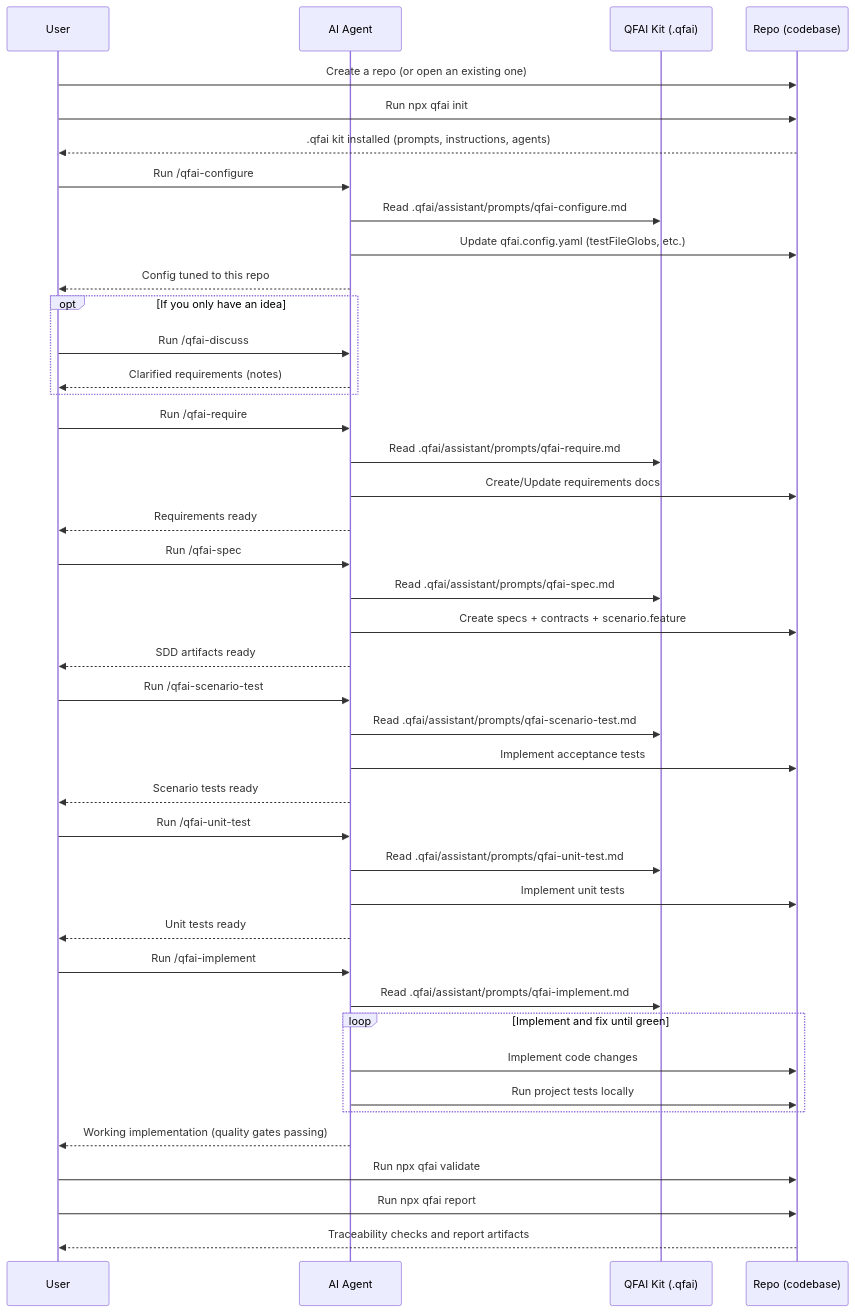
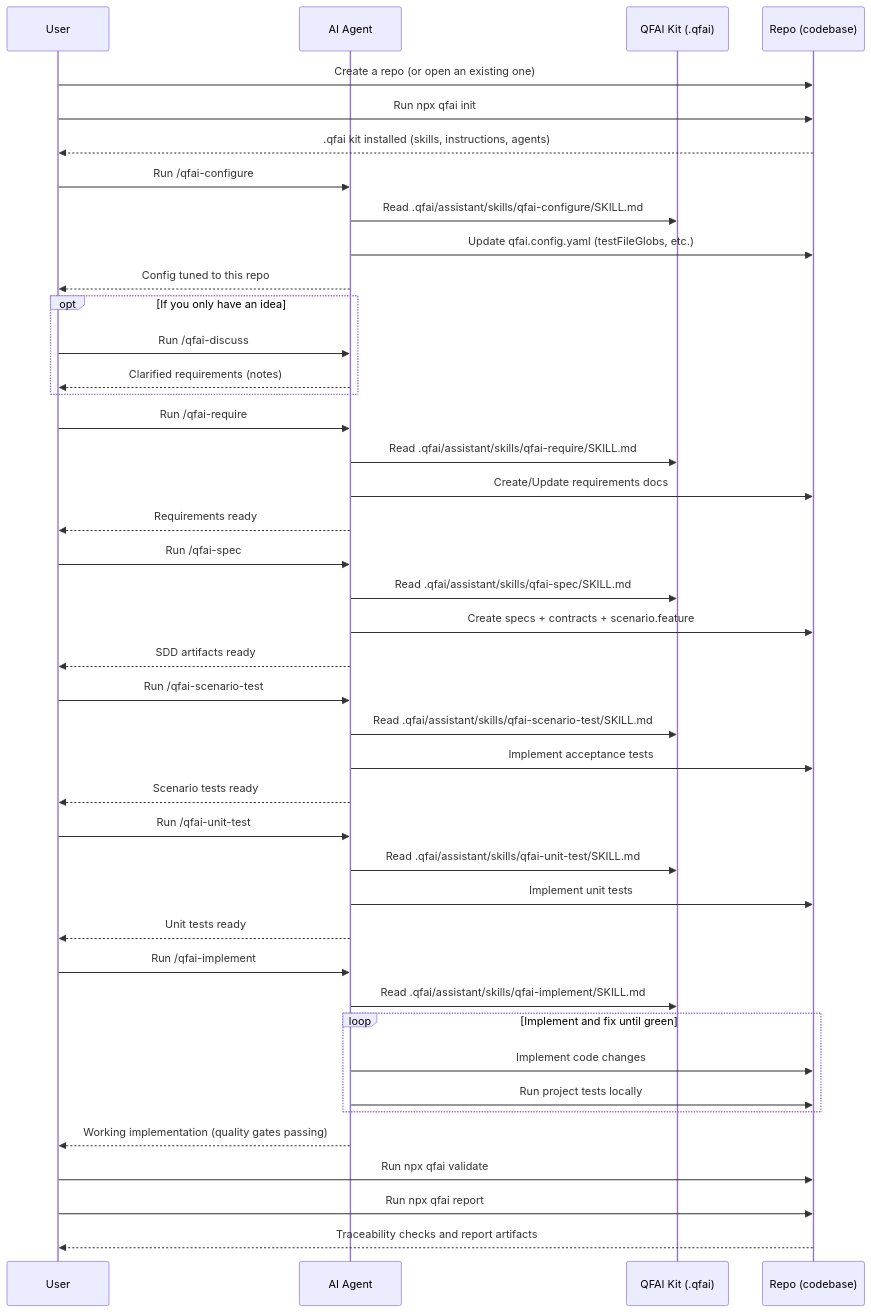
Before and after one commit to aganesy/QFAI: the diagram in packages/qfai/README.md, drawn with Mermaid. The commit also changed other lines of this file and 10 other files, not shown here.

Commit message:
test: update docs and checks for skills-only workflow

````diff
--- a/packages/qfai/README.md
+++ b/packages/qfai/README.md
@@ -72,53 +71,53 @@
 ```mermaid
 sequenceDiagram
 participant U as User
 participant AG as AI Agent
 participant Q as QFAI Kit (.qfai)
 participant R as Repo (codebase)
 
 U->>R: Create a repo (or open an existing one)
 U->>R: Run npx qfai init
-R-->>U: .qfai kit installed (prompts, instructions, agents)
+R-->>U: .qfai kit installed (skills, instructions, agents)
 
 U->>AG: Run /qfai-configure
-AG->>Q: Read .qfai/assistant/prompts/qfai-configure.md
+AG->>Q: Read .qfai/assistant/skills/qfai-configure/SKILL.md
 AG->>R: Update qfai.config.yaml (testFileGlobs, etc.)
 AG-->>U: Config tuned to this repo
 
 opt If you only have an idea
 U->>AG: Run /qfai-discuss
 AG-->>U: Clarified requirements (notes)
 end
 
 U->>AG: Run /qfai-require
-AG->>Q: Read .qfai/assistant/prompts/qfai-require.md
+AG->>Q: Read .qfai/assistant/skills/qfai-require/SKILL.md
 AG->>R: Create/Update requirements docs
 AG-->>U: Requirements ready
 
 U->>AG: Run /qfai-spec
-AG->>Q: Read .qfai/assistant/prompts/qfai-spec.md
+AG->>Q: Read .qfai/assistant/skills/qfai-spec/SKILL.md
 AG->>R: Create specs + contracts + scenario.feature
 AG-->>U: SDD artifacts ready
 
 U->>AG: Run /qfai-scenario-test
-AG->>Q: Read .qfai/assistant/prompts/qfai-scenario-test.md
+AG->>Q: Read .qfai/assistant/skills/qfai-scenario-test/SKILL.md
 AG->>R: Implement acceptance tests
 AG-->>U: Scenario tests ready
 
 U->>AG: Run /qfai-unit-test
-AG->>Q: Read .qfai/assistant/prompts/qfai-unit-test.md
+AG->>Q: Read .qfai/assistant/skills/qfai-unit-test/SKILL.md
 AG->>R: Implement unit tests
 AG-->>U: Unit tests ready
 
 U->>AG: Run /qfai-implement
-AG->>Q: Read .qfai/assistant/prompts/qfai-implement.md
+AG->>Q: Read .qfai/assistant/skills/qfai-implement/SKILL.md
 loop Implement and fix until green
 AG->>R: Implement code changes
 AG->>R: Run project tests locally
 end
 AG-->>U: Working implementation (quality gates passing)
 
 U->>R: Run npx qfai validate
 U->>R: Run npx qfai report
 R-->>U: Traceability checks and report artifacts
 ```
````
